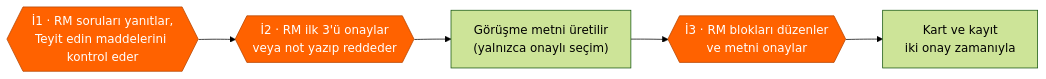
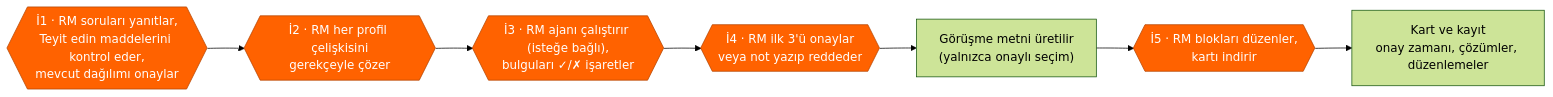
Before and after one commit to ArdahanDogru/ing-hackathon-rm-prep: the fifth of 6 diagrams in README.md, drawn with Mermaid (forest theme). The commit also changed other lines of this file, not shown here.

````diff
--- a/README.md
+++ b/README.md
@@ -270,9 +413,11 @@
 ```mermaid
 flowchart LR
-    Q{{"İ1 · RM soruları yanıtlar,<br/>Teyit edin maddelerini kontrol eder"}} --> A{{"İ2 · RM ilk 3'ü onaylar<br/>veya not yazıp reddeder"}}
+    Q{{"İ1 · RM soruları yanıtlar,<br/>Teyit edin maddelerini kontrol eder,<br/>mevcut dağılımı onaylar"}} --> P{{"İ2 · RM her profil çelişkisini<br/>gerekçeyle çözer"}}
+    P --> G{{"İ3 · RM ajanı çalıştırır (isteğe bağlı),<br/>bulguları ✓/✗ işaretler"}}
+    G --> A{{"İ4 · RM ilk 3'ü onaylar<br/>veya not yazıp reddeder"}}
     A --> T["Görüşme metni üretilir<br/>(yalnızca onaylı seçim)"]
-    T --> B{{"İ3 · RM blokları düzenler<br/>ve metni onaylar"}}
-    B --> C["Kart ve kayıt<br/>iki onay zamanıyla"]
+    T --> B{{"İ5 · RM blokları düzenler,<br/>kartı indirir"}}
+    B --> C["Kart ve kayıt<br/>onay zamanı, çözümler, düzenlemeler"]
     classDef human fill:#FF6200,color:#fff,stroke:#B34400
-    class Q,A,B human
+    class Q,P,G,A,B human
 ```
````
